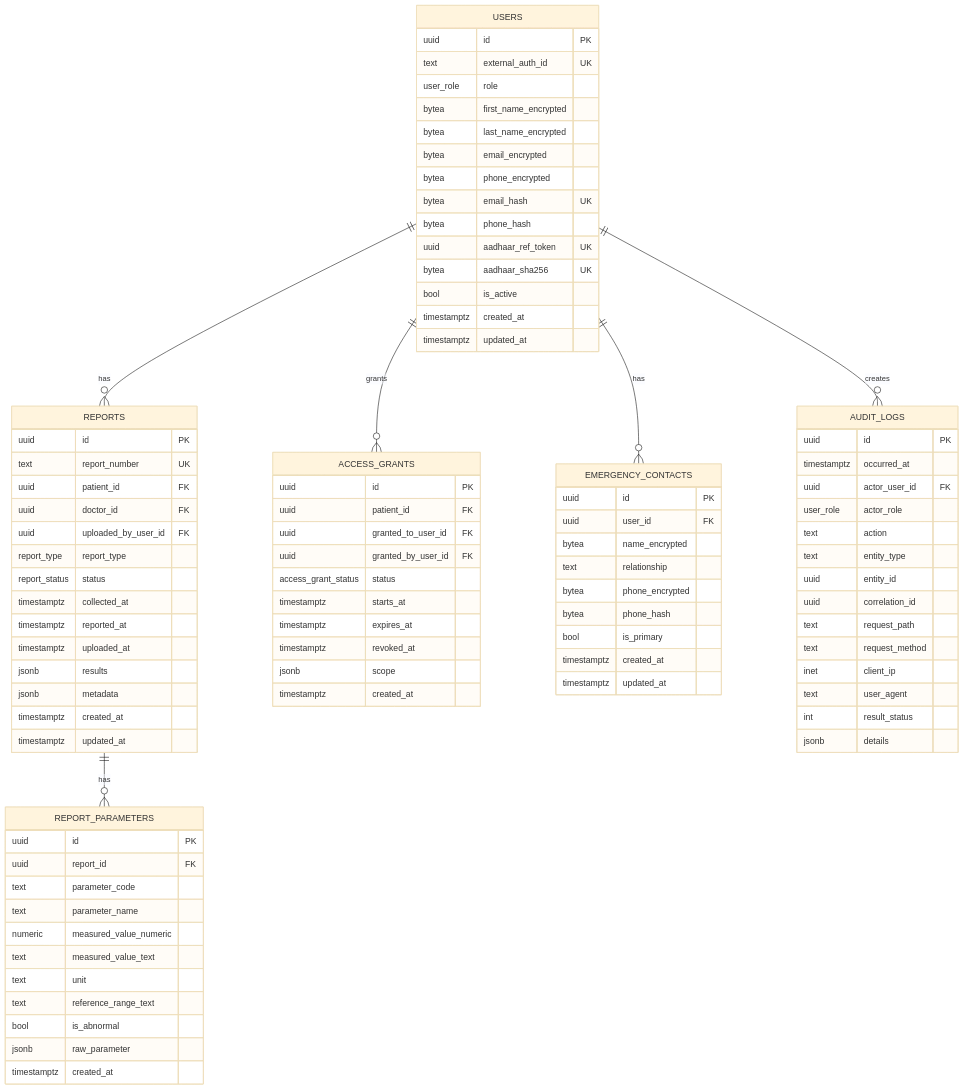
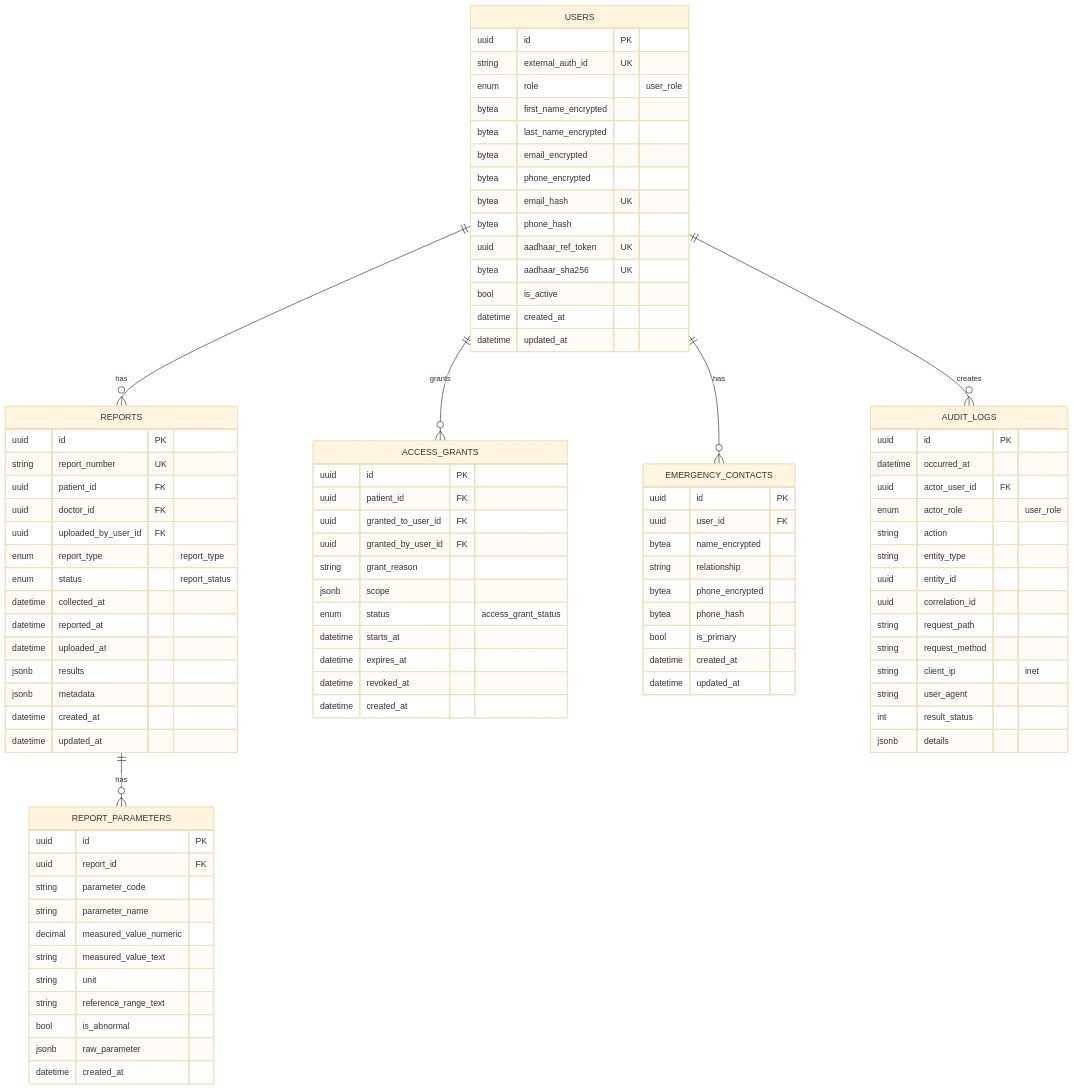
Before and after one commit to kinveetech/AarogyaBackend: the diagram in docs/database/core-schema.md, drawn with Mermaid (base theme).

Commit message:
fix: use Mermaid-compatible types in ERD diagram
Replace PostgreSQL-specific types (user_role, timestamptz, inet, numeric)
with Mermaid-standard types (enum, datetime, string, decimal) and add
PK/FK/UK markers. PostgreSQL types preserved as comments.

```diff
--- a/docs/database/core-schema.md
+++ b/docs/database/core-schema.md
@@ -22,8 +22,8 @@
 
   USERS {
     uuid id PK
-    text external_auth_id UK
-    user_role role
+    string external_auth_id UK
+    enum role "user_role"
     bytea first_name_encrypted
     bytea last_name_encrypted
     bytea email_encrypted
@@ -33,39 +33,39 @@
     uuid aadhaar_ref_token UK
     bytea aadhaar_sha256 UK
     bool is_active
-    timestamptz created_at
-    timestamptz updated_at
+    datetime created_at
+    datetime updated_at
   }
 
   REPORTS {
     uuid id PK
-    text report_number UK
+    string report_number UK
     uuid patient_id FK
     uuid doctor_id FK
     uuid uploaded_by_user_id FK
-    report_type report_type
-    report_status status
-    timestamptz collected_at
-    timestamptz reported_at
-    timestamptz uploaded_at
+    enum report_type "report_type"
+    enum status "report_status"
+    datetime collected_at
+    datetime reported_at
+    datetime uploaded_at
     jsonb results
     jsonb metadata
-    timestamptz created_at
-    timestamptz updated_at
+    datetime created_at
+    datetime updated_at
   }
 
   REPORT_PARAMETERS {
     uuid id PK
     uuid report_id FK
-    text parameter_code
-    text parameter_name
-    numeric measured_value_numeric
-    text measured_value_text
-    text unit
-    text reference_range_text
+    string parameter_code
+    string parameter_name
+    decimal measured_value_numeric
+    string measured_value_text
+    string unit
+    string reference_range_text
     bool is_abnormal
     jsonb raw_parameter
-    timestamptz created_at
+    datetime created_at
   }
 
   ACCESS_GRANTS {
@@ -73,39 +73,40 @@
     uuid patient_id FK
     uuid granted_to_user_id FK
     uuid granted_by_user_id FK
-    access_grant_status status
-    timestamptz starts_at
-    timestamptz expires_at
-    timestamptz revoked_at
+    string grant_reason
     jsonb scope
-    timestamptz created_at
+    enum status "access_grant_status"
+    datetime starts_at
+    datetime expires_at
+    datetime revoked_at
+    datetime created_at
   }
 
   EMERGENCY_CONTACTS {
     uuid id PK
     uuid user_id FK
     bytea name_encrypted
-    text relationship
+    string relationship
     bytea phone_encrypted
     bytea phone_hash
     bool is_primary
-    timestamptz created_at
-    timestamptz updated_at
+    datetime created_at
+    datetime updated_at
   }
 
   AUDIT_LOGS {
     uuid id PK
-    timestamptz occurred_at
+    datetime occurred_at
     uuid actor_user_id FK
-    user_role actor_role
-    text action
-    text entity_type
+    enum actor_role "user_role"
+    string action
+    string entity_type
     uuid entity_id
     uuid correlation_id
-    text request_path
-    text request_method
-    inet client_ip
-    text user_agent
+    string request_path
+    string request_method
+    string client_ip "inet"
+    string user_agent
     int result_status
     jsonb details
   }
```
